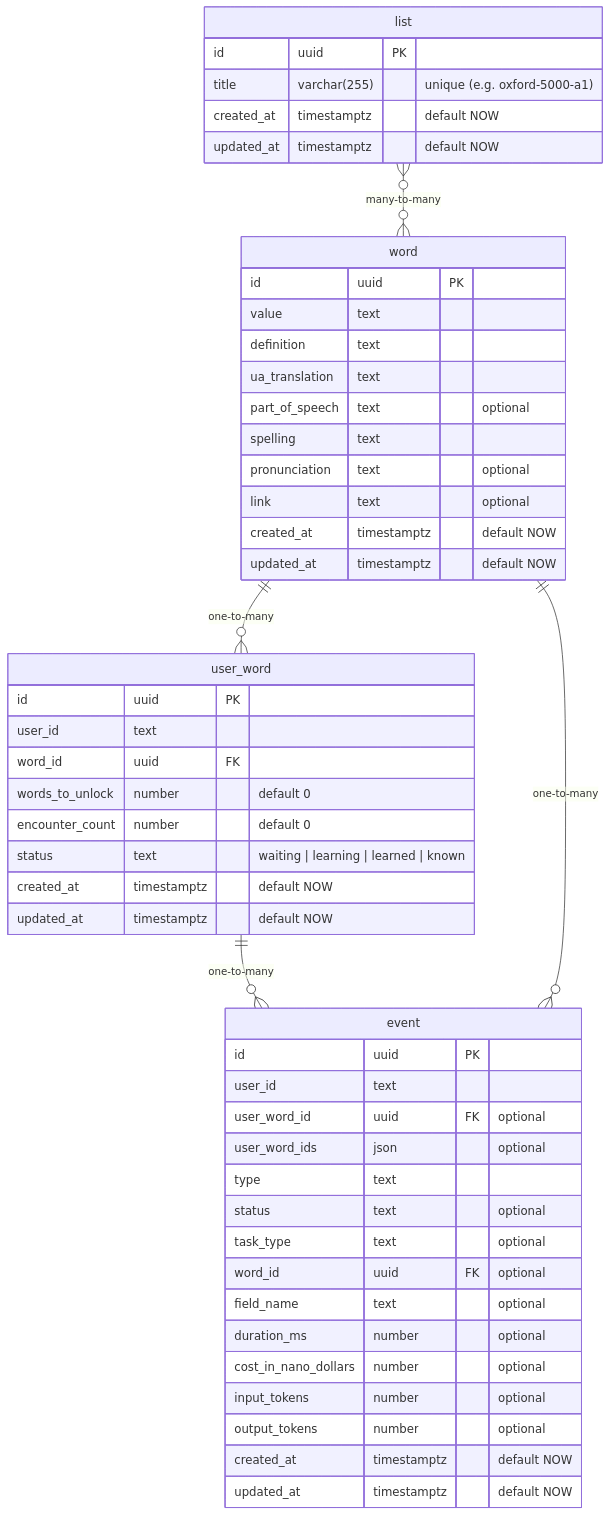
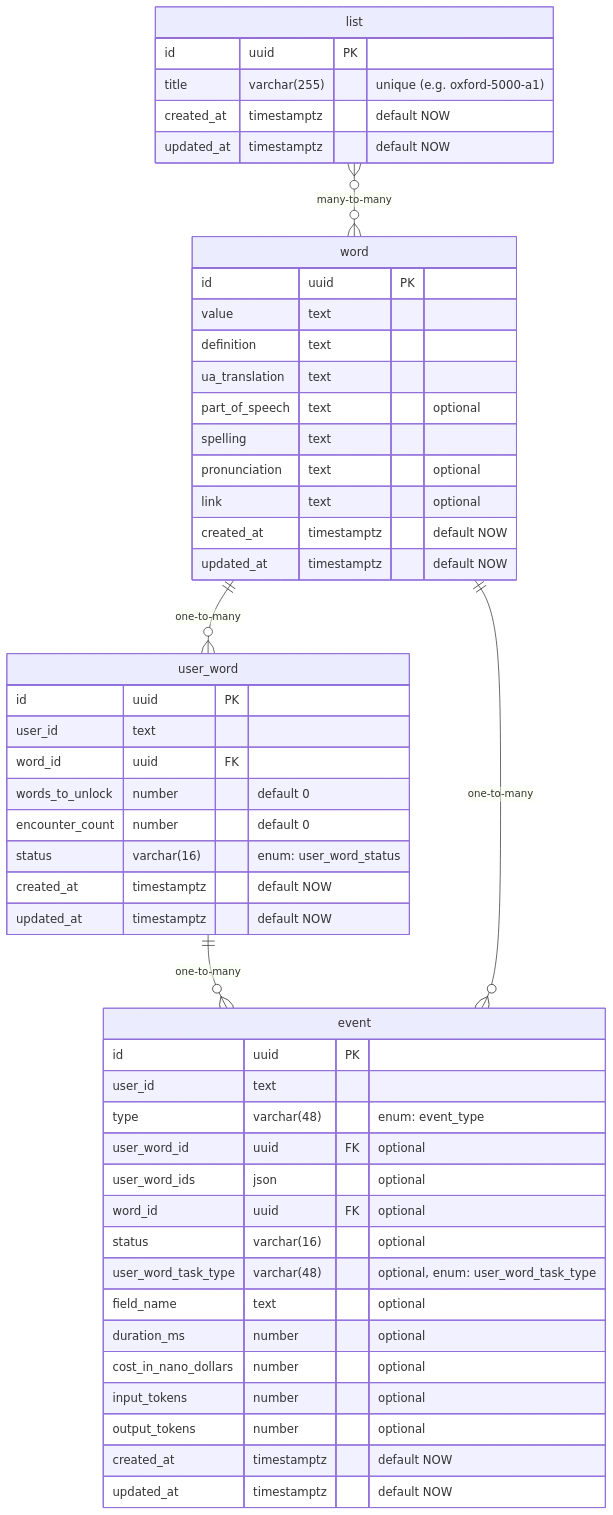
Before and after one commit to allohamora/learn-helper: the diagram in docs/database-design.md, drawn with Mermaid. The commit also changed other lines of this file, not shown here.

````diff
--- a/docs/database-design.md
+++ b/docs/database-design.md
@@ -3,56 +3,56 @@
 ```mermaid
 erDiagram
     word {
         id uuid PK
         value text
         definition text
         ua_translation text
         part_of_speech text "optional"
         spelling text
         pronunciation text "optional"
         link text "optional"
         created_at timestamptz "default NOW"
         updated_at timestamptz "default NOW"
     }
 
     list {
         id uuid PK
         title varchar(255) "unique (e.g. oxford-5000-a1)"
         created_at timestamptz "default NOW"
         updated_at timestamptz "default NOW"
     }
 
     user_word {
         id uuid PK
         user_id text
         word_id uuid FK
         words_to_unlock number "default 0"
         encounter_count number "default 0"
-        status text "waiting | learning | learned | known"
+        status varchar(16) "enum: user_word_status"
         created_at timestamptz "default NOW"
         updated_at timestamptz "default NOW"
     }
 
     event {
         id uuid PK
         user_id text
+        type varchar(48) "enum: event_type"
         user_word_id uuid FK "optional"
         user_word_ids json "optional"
-        type text
-        status text "optional"
-        task_type text "optional"
         word_id uuid FK "optional"
+        status varchar(16) "optional"
+        user_word_task_type varchar(48) "optional, enum: user_word_task_type"
         field_name text "optional"
         duration_ms number "optional"
         cost_in_nano_dollars number "optional"
         input_tokens number "optional"
         output_tokens number "optional"
         created_at timestamptz "default NOW"
         updated_at timestamptz "default NOW"
     }
 
     list }o--o{ word : "many-to-many"
     word ||--o{ user_word : "one-to-many"
     user_word ||--o{ event : "one-to-many"
     word ||--o{ event : "one-to-many"
 ```
````
